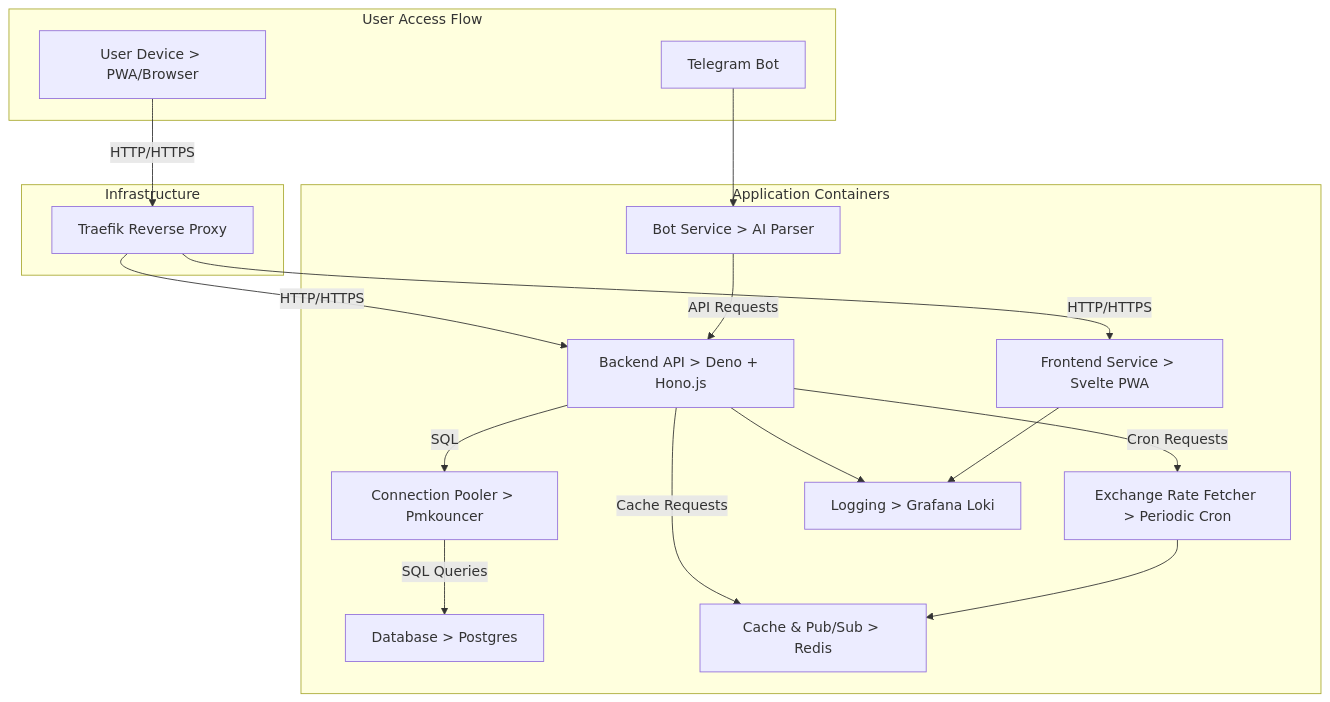
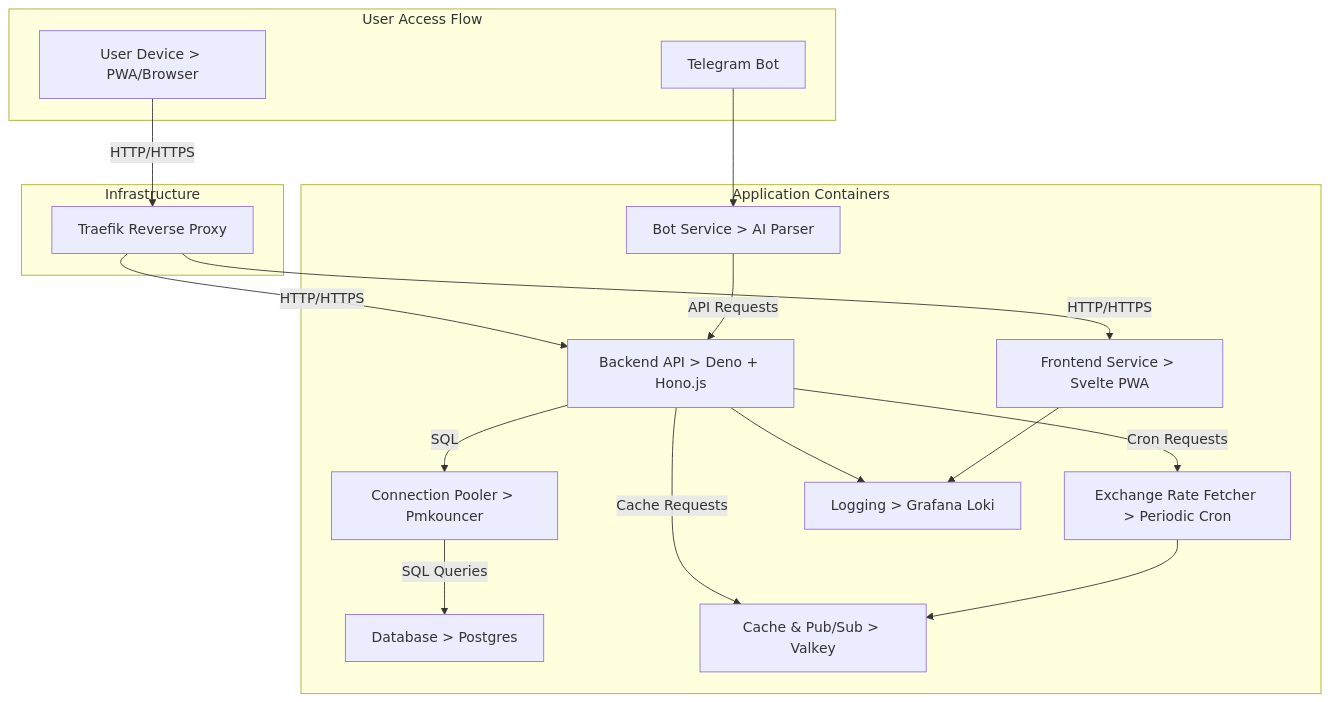
The first of 2 diagrams in docs/6.infrastructure.md (spy4x/financy), drawn with Mermaid before and after one commit. The commit also changed other lines of this file and 28 other files, not shown here.

First line of the commit message:
WIP: refactor Redis usage to Valkey for key-value storage

````diff
--- a/docs/6.infrastructure.md
+++ b/docs/6.infrastructure.md
@@ -62,35 +62,35 @@
 ```mermaid
 flowchart TD
     subgraph "User Access Flow"
         User[User Device > PWA/Browser] 
         Bot[Telegram Bot] 
     end
 
     subgraph "Application Containers"
         Frontend[Frontend Service > Svelte PWA] 
         API[Backend API > Deno + Hono.js]
         DB[Database > Postgres]
         PgBouncer[Connection Pooler > Pmkouncer]
-        Redis[Cache & Pub/Sub > Redis]
+        Valkey[Cache & Pub/Sub > Valkey]
         BotService[Bot Service > AI Parser]
         ExchangeRate[Exchange Rate Fetcher > Periodic Cron]
         Logs[Logging > Grafana Loki]
     end
 
     subgraph "Infrastructure"
         Proxy[Traefik Reverse Proxy]
     end
 
     User-->|HTTP/HTTPS|Proxy
     Proxy-->|HTTP/HTTPS|Frontend
     Proxy-->|HTTP/HTTPS|API
     API-->|SQL|PgBouncer
     PgBouncer-->|SQL Queries|DB
-    API-->|Cache Requests|Redis
+    API-->|Cache Requests|Valkey
     Bot-->BotService
     BotService-->|API Requests|API
     API-->|Cron Requests|ExchangeRate
     API-->Logs
     Frontend-->Logs
-    ExchangeRate-->Redis
+    ExchangeRate-->Valkey
 ```
````
